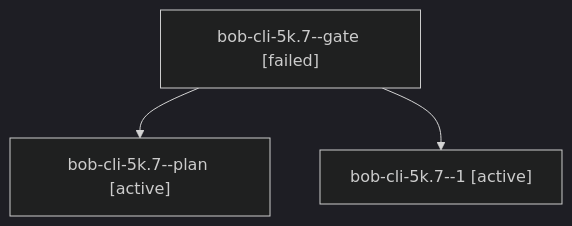
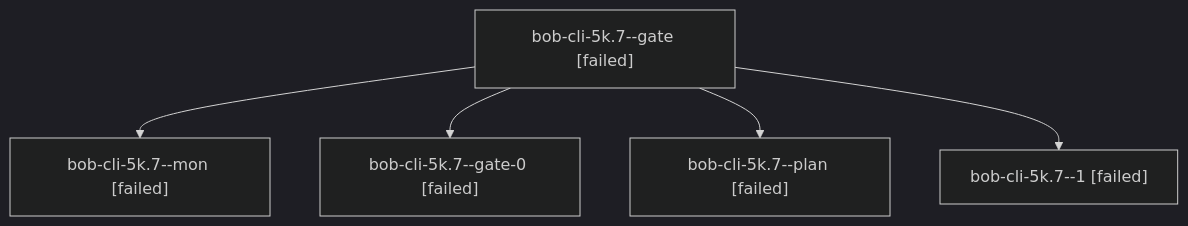
One commit to bobs-org/bob-cli--agents changed the diagram in sessions/bbugyi200.athena.bob-cli-5k.7.md. Above: the diagram before and after it, drawn with Mermaid (dark theme). The commit also changed other lines of this file and 113 other files, not shown here.

````diff
--- a/sessions/bbugyi200.athena.bob-cli-5k.7.md
+++ b/sessions/bbugyi200.athena.bob-cli-5k.7.md
@@ -9,8 +9,12 @@
 ```mermaid
 flowchart TD
   n0["bob-cli-5k.7--gate [failed]"]
-  n1["bob-cli-5k.7--plan [active]"]
+  n1["bob-cli-5k.7--mon [failed]"]
   n0 --> n1
-  n2["bob-cli-5k.7--1 [active]"]
+  n2["bob-cli-5k.7--gate-0 [failed]"]
   n0 --> n2
+  n3["bob-cli-5k.7--plan [failed]"]
+  n0 --> n3
+  n4["bob-cli-5k.7--1 [failed]"]
+  n0 --> n4
 ```
````
